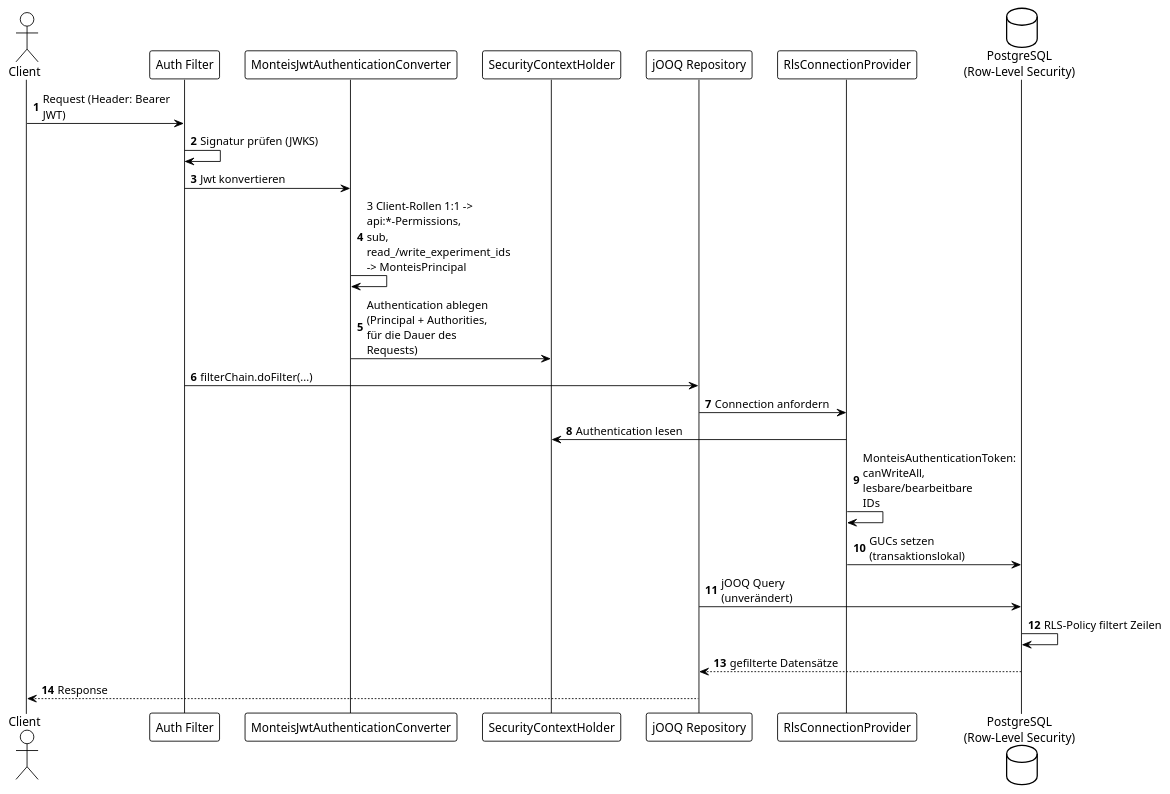
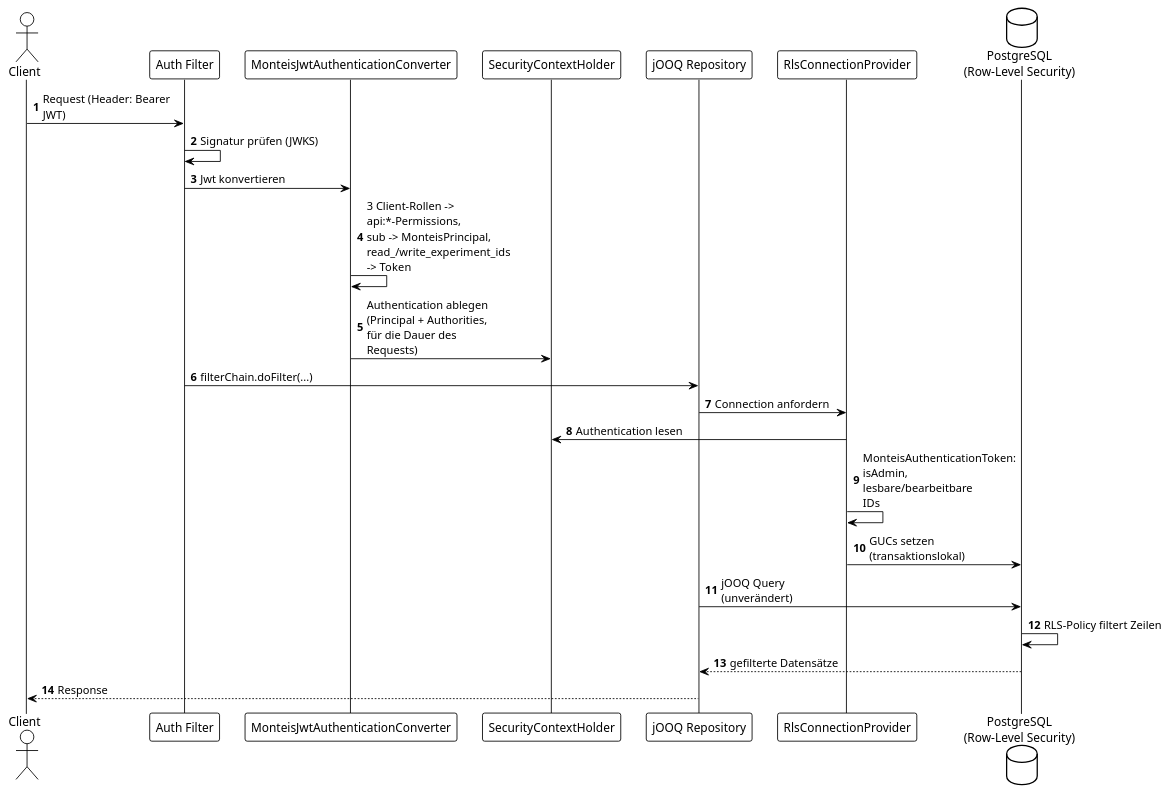
The diagram in documentation/architecture/images/security-context-flow.puml (swisstopo/lg-monteis), drawn with PlantUML before and after one commit. The commit also changed 14 other files, not shown here.

Commit message:
docs(MON-196): remove the comments this branch added and bring arc42 up to the admin permission and implied read

```diff
--- a/documentation/architecture/images/security-context-flow.puml
+++ b/documentation/architecture/images/security-context-flow.puml
@@ -1,31 +1,31 @@
 @startuml
 !theme plain
 autonumber
 skinparam maxMessageSize 150
 
 actor Client
 participant "Auth Filter" as AuthFilter
 participant "MonteisJwtAuthenticationConverter" as Converter
 participant "SecurityContextHolder" as Holder
 participant "jOOQ Repository" as Repo
 participant "RlsConnectionProvider" as ConnProvider
 database "PostgreSQL\n(Row-Level Security)" as DB
 
 Client -> AuthFilter : Request (Header: Bearer JWT)
 AuthFilter -> AuthFilter : Signatur prüfen (JWKS)
 AuthFilter -> Converter : Jwt konvertieren
 
-Converter -> Converter : 3 Client-Rollen 1:1 -> api:*-Permissions,\nsub, read_/write_experiment_ids -> MonteisPrincipal
+Converter -> Converter : 3 Client-Rollen -> api:*-Permissions,\nsub -> MonteisPrincipal, read_/write_experiment_ids -> Token
 Converter -> Holder : Authentication ablegen\n(Principal + Authorities, für die Dauer des Requests)
 
 AuthFilter -> Repo : filterChain.doFilter(...)
 Repo -> ConnProvider : Connection anfordern
 ConnProvider -> Holder : Authentication lesen
-ConnProvider -> ConnProvider : MonteisAuthenticationToken:\ncanWriteAll, lesbare/bearbeitbare IDs
+ConnProvider -> ConnProvider : MonteisAuthenticationToken:\nisAdmin, lesbare/bearbeitbare IDs
 ConnProvider -> DB : GUCs setzen (transaktionslokal)
 Repo -> DB : jOOQ Query (unverändert)
 DB -> DB : RLS-Policy filtert Zeilen
 DB --> Repo : gefilterte Datensätze
 Repo --> Client : Response
 
 @enduml
```
